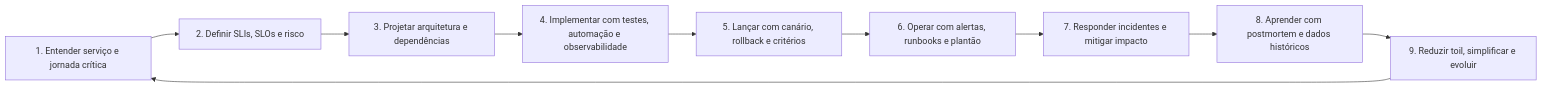
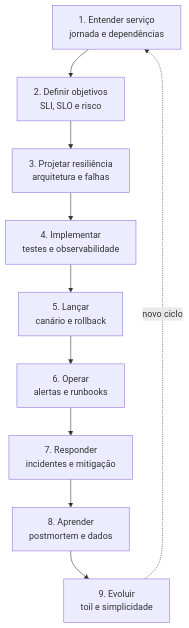
Before and after one commit to rafaelrezo/curso-engenharia-confiabilidade: the diagram in docs/trilha-aprendizado.md, drawn with Mermaid. The commit also changed 1 other file, not shown here.

Commit message:
Melhora legibilidade do diagrama SRE

````diff
--- a/docs/trilha-aprendizado.md
+++ b/docs/trilha-aprendizado.md
@@ -112,12 +112,18 @@
 ```mermaid
-flowchart LR
-    Discovery["1. Entender serviço e jornada crítica"] --> Objectives["2. Definir SLIs, SLOs e risco"]
-    Objectives --> Design["3. Projetar arquitetura e dependências"]
-    Design --> Build["4. Implementar com testes, automação e observabilidade"]
-    Build --> Release["5. Lançar com canário, rollback e critérios"]
-    Release --> Operate["6. Operar com alertas, runbooks e plantão"]
-    Operate --> Incident["7. Responder incidentes e mitigar impacto"]
-    Incident --> Learn["8. Aprender com postmortem e dados históricos"]
-    Learn --> Improve["9. Reduzir toil, simplificar e evoluir"]
-    Improve --> Discovery
+flowchart TB
+    Discovery["1. Entender serviço<br/>jornada e dependências"]
+    Objectives["2. Definir objetivos<br/>SLI, SLO e risco"]
+    Design["3. Projetar resiliência<br/>arquitetura e falhas"]
+    Build["4. Implementar<br/>testes e observabilidade"]
+    Release["5. Lançar<br/>canário e rollback"]
+    Operate["6. Operar<br/>alertas e runbooks"]
+    Incident["7. Responder<br/>incidentes e mitigação"]
+    Learn["8. Aprender<br/>postmortem e dados"]
+    Improve["9. Evoluir<br/>toil e simplicidade"]
+
+    Discovery --> Objectives --> Design
+    Design --> Build --> Release
+    Release --> Operate --> Incident
+    Incident --> Learn --> Improve
+    Improve -. novo ciclo .-> Discovery
 ```
````
